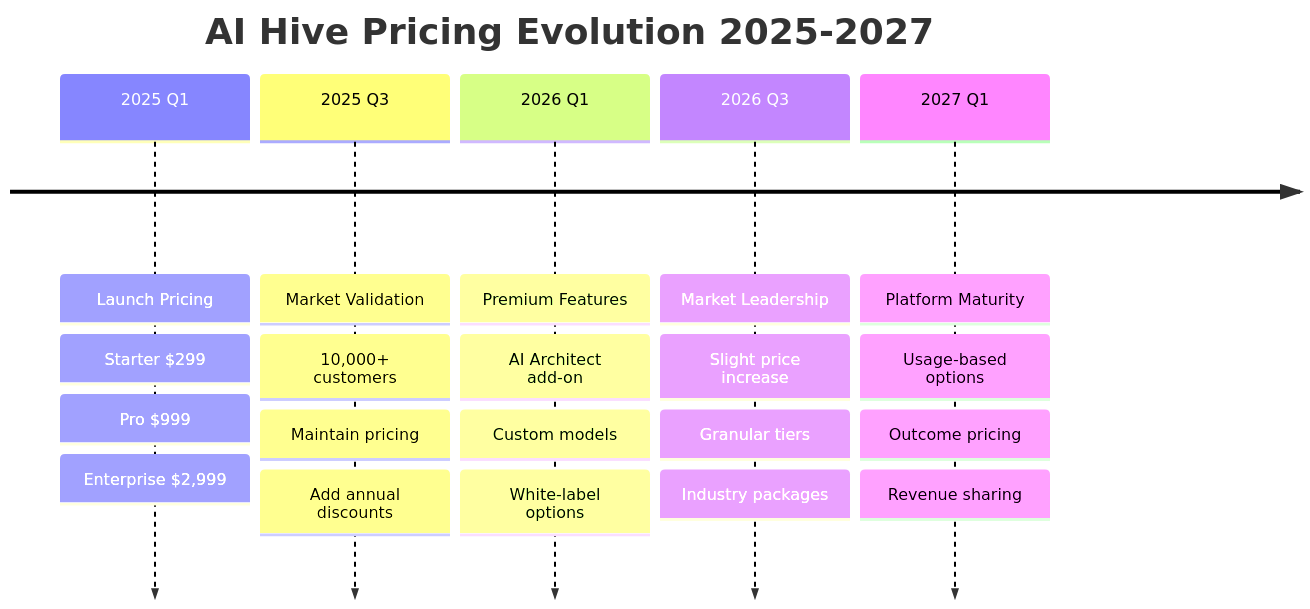
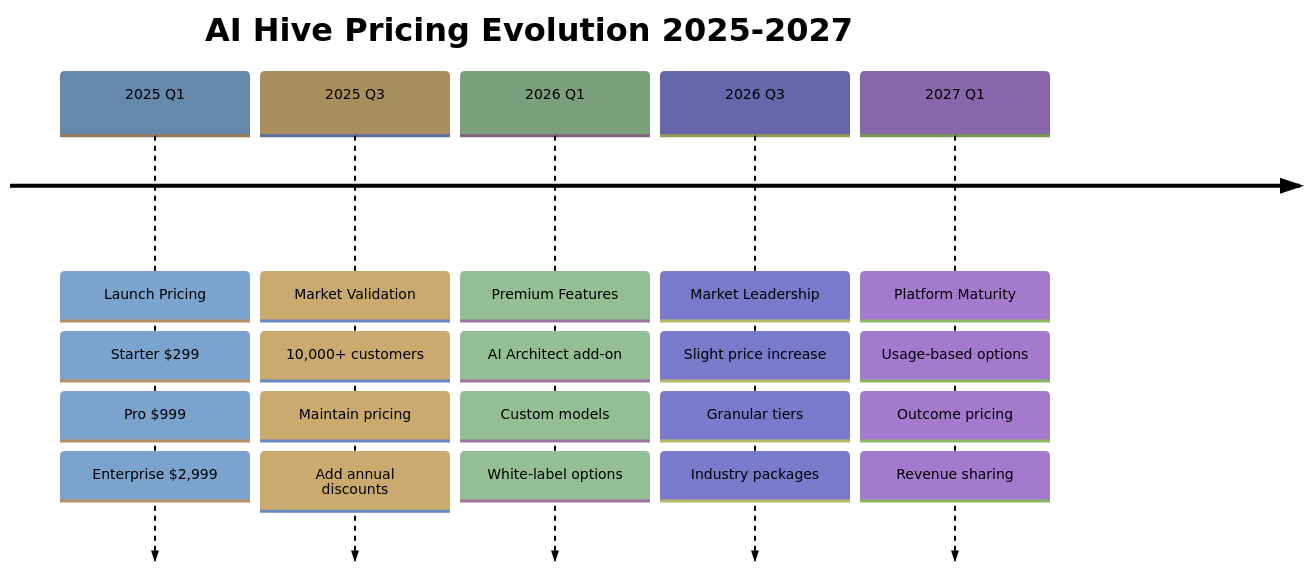
Before and after one commit to o2alexanderfedin/AI-Hive-Business-Docs: the seventh of 10 diagrams in business-documents/competitive-positioning/05-pricing-strategy.md, drawn with Mermaid. The commit also changed other lines of this file and 3 other files, not shown here.

First line of the commit message:
Fix Mermaid diagram syntax and styling

````diff
--- a/business-documents/competitive-positioning/05-pricing-strategy.md
+++ b/business-documents/competitive-positioning/05-pricing-strategy.md
@@ -297,29 +452,50 @@
 ```mermaid
+%%{init: {
+  'theme': 'base',
+  'themeVariables': {
+    'primaryColor': '#B8C8D8',
+    'primaryTextColor': '#000000',
+    'primaryBorderColor': '#7890A8',
+    'lineColor': '#5A6A7A',
+    'secondaryColor': '#D5C8B0',
+    'tertiaryColor': '#C5D5C5',
+    'background': '#FFFFFF',
+    'mainBkg': '#D8D8D8',
+    'secondBkg': '#C8C8C8',
+    'tertiaryBkg': '#B8B8B8',
+    'primaryFontFamily': 'Arial, sans-serif',
+    'fontSize': '14px',
+    'darkMode': false,
+    'textColor': '#000000',
+    'labelTextColor': '#000000',
+    'actorTextColor': '#000000'
+  }
+}}%%
 timeline
     title AI Hive Pricing Evolution 2025-2027
 
     2025 Q1 : Launch Pricing
             : Starter $299
             : Pro $999
             : Enterprise $2,999
 
     2025 Q3 : Market Validation
             : 10,000+ customers
             : Maintain pricing
             : Add annual discounts
 
     2026 Q1 : Premium Features
             : AI Architect add-on
             : Custom models
             : White-label options
 
     2026 Q3 : Market Leadership
             : Slight price increase
             : Granular tiers
             : Industry packages
 
     2027 Q1 : Platform Maturity
             : Usage-based options
             : Outcome pricing
             : Revenue sharing
 ```
````
